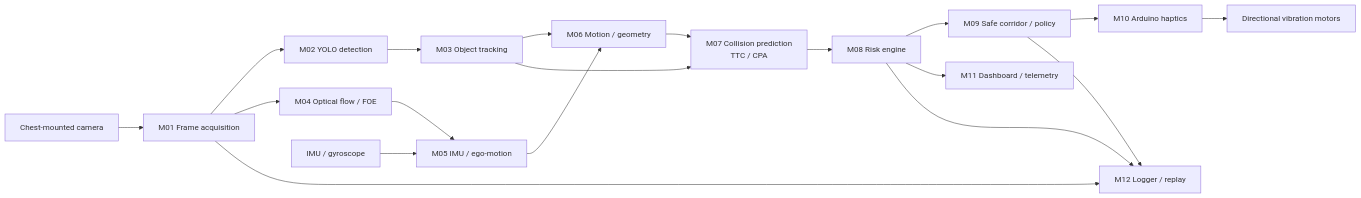
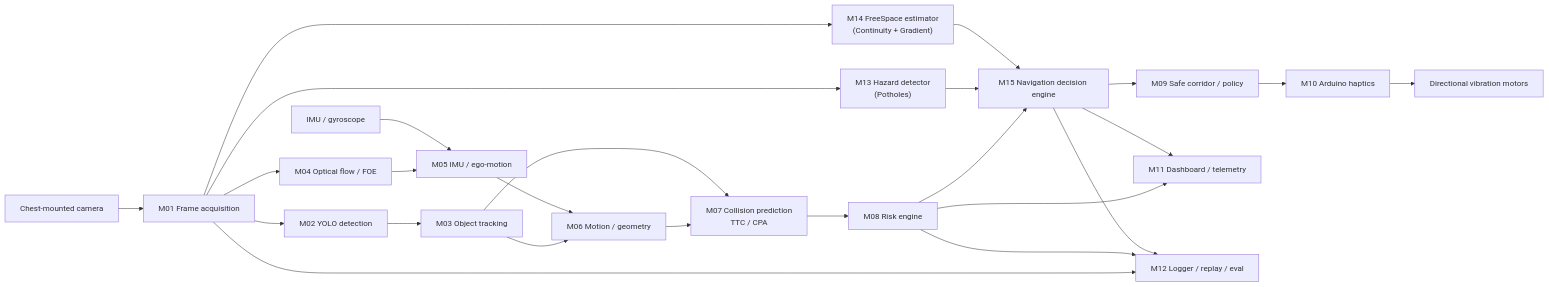
One commit to Kshitiz-Khandelwal/Nirman-Hackathon changed the diagram in README.md. Above: the diagram before and after it, drawn with Mermaid. The commit also changed other lines of this file and 49 other files, not shown here.

````diff
--- a/README.md
+++ b/README.md
@@ -70,17 +76,23 @@
 ```mermaid
 flowchart LR
     CAM["Chest-mounted camera"] --> M01["M01 Frame acquisition"]
     M01 --> M02["M02 YOLO detection"] --> M03["M03 Object tracking"]
     M01 --> M04["M04 Optical flow / FOE"]
     M04 --> M05["M05 IMU / ego-motion"]
     IMU["IMU / gyroscope"] --> M05
     M03 --> M06["M06 Motion / geometry"]
     M05 --> M06 --> M07["M07 Collision prediction<br/>TTC / CPA"]
     M03 --> M07 --> M08["M08 Risk engine"]
-    M08 --> M09["M09 Safe corridor / policy"]
+    M01 --> M13["M13 Hazard detector<br/>(Potholes)"]
+    M01 --> M14["M14 FreeSpace estimator<br/>(Continuity + Gradient)"]
+    M08 --> M15["M15 Navigation decision engine"]
+    M13 --> M15
+    M14 --> M15
+    M15 --> M09["M09 Safe corridor / policy"]
     M09 --> M10["M10 Arduino haptics"] --> MOTORS["Directional vibration motors"]
     M08 --> M11["M11 Dashboard / telemetry"]
-    M01 --> M12["M12 Logger / replay"]
+    M15 --> M11
+    M01 --> M12["M12 Logger / replay / eval"]
     M08 --> M12
-    M09 --> M12
+    M15 --> M12
 ```
````
